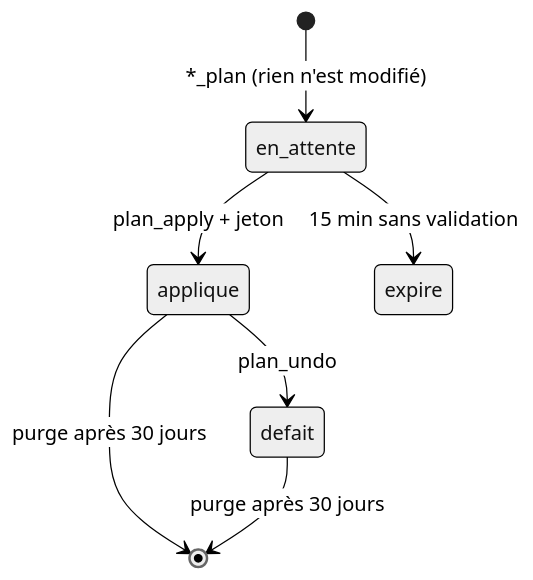
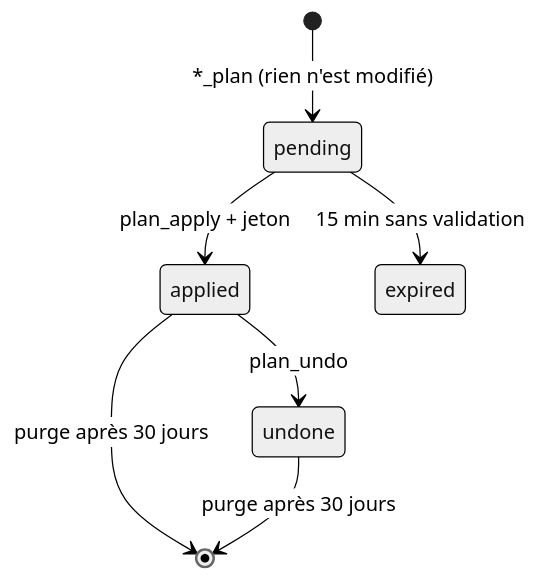
The diagram in docs/OUTILS-MCP.md (BenMacha/omnimail-mcp), drawn with Mermaid (neutral theme) before and after one commit. The commit also changed other lines of this file and 13 other files, not shown here.

````diff
--- a/docs/OUTILS-MCP.md
+++ b/docs/OUTILS-MCP.md
@@ -79,9 +79,9 @@
 ```mermaid
 stateDiagram-v2
-  [*] --> en_attente : *_plan (rien n'est modifié)
-  en_attente --> applique : plan_apply + jeton
-  en_attente --> expire : 15 min sans validation
-  applique --> defait : plan_undo
-  applique --> [*] : purge après 30 jours
-  defait --> [*] : purge après 30 jours
+  [*] --> pending : *_plan (rien n'est modifié)
+  pending --> applied : plan_apply + jeton
+  pending --> expired : 15 min sans validation
+  applied --> undone : plan_undo
+  applied --> [*] : purge après 30 jours
+  undone --> [*] : purge après 30 jours
 ```
````
